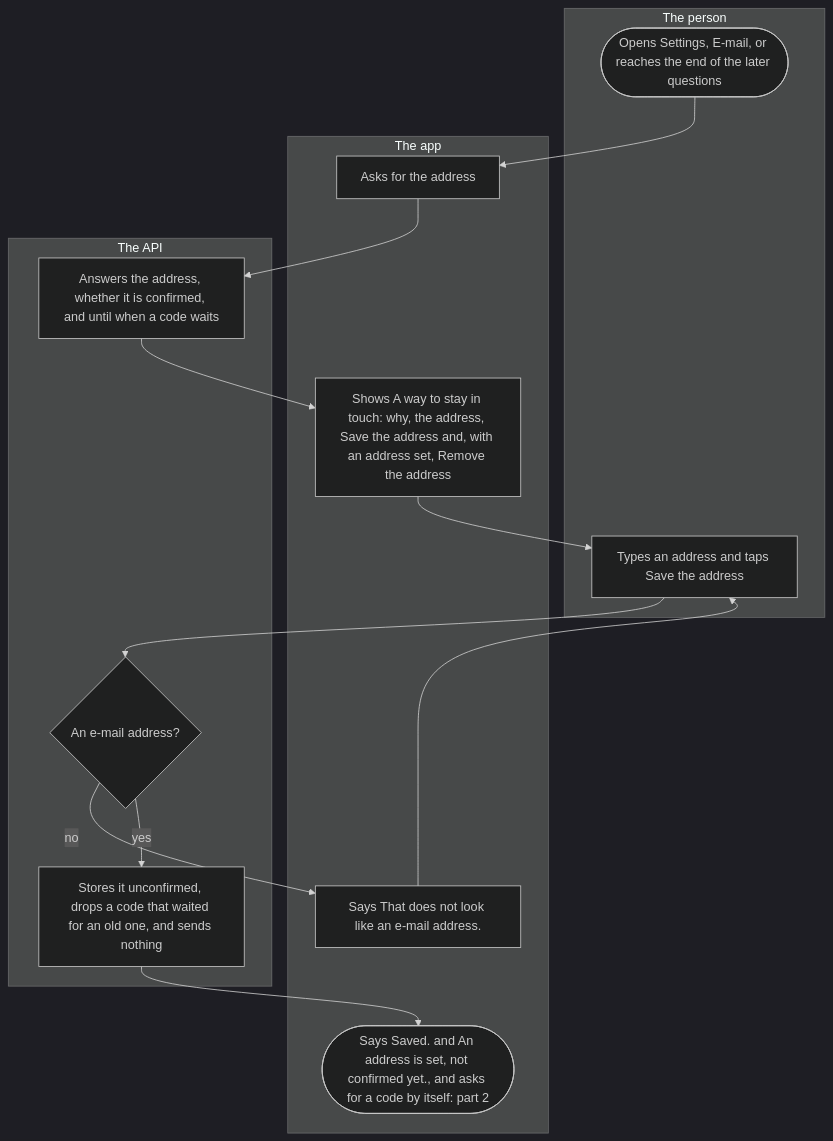
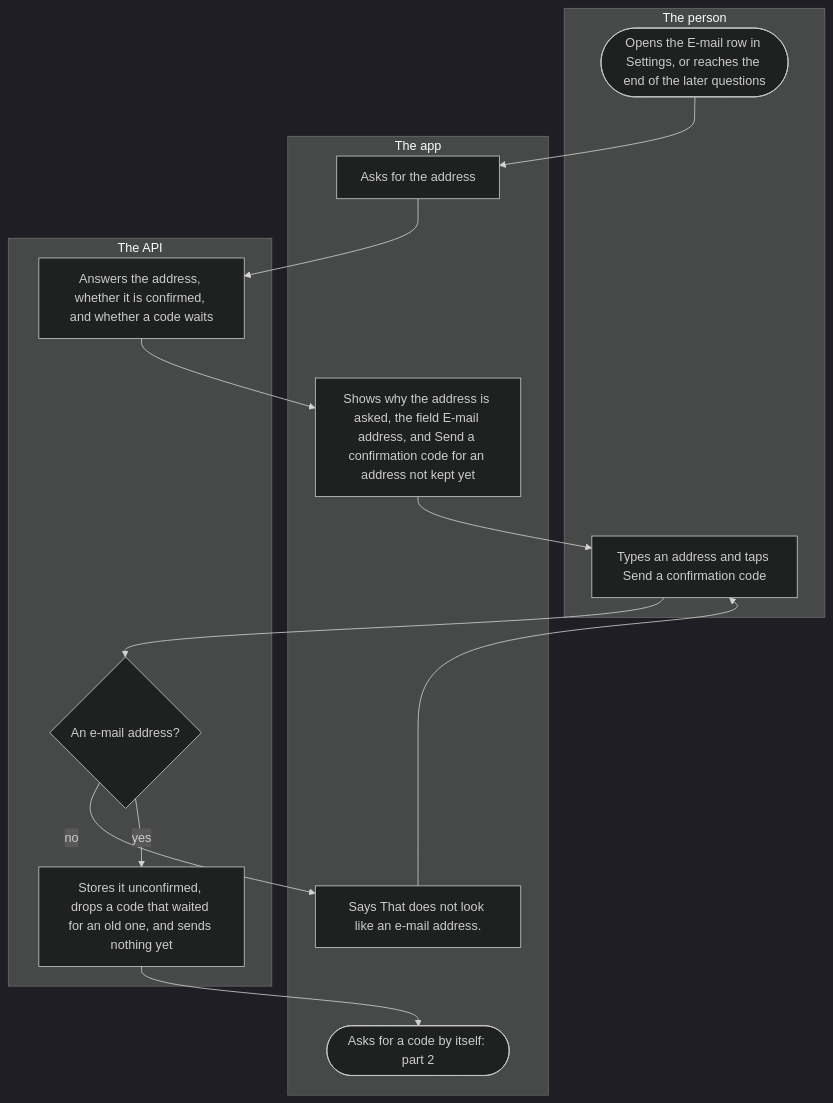
One commit to kuutti-ry/kuutti-app changed the first of 3 diagrams in docs/flows/email.md. Above: the diagram before and after it, drawn with Mermaid (dark theme). The commit also changed other lines of this file and 41 other files, not shown here.

First line of the commit message:
Redraw the user flows against today's main, held by check:docs

````diff
--- a/docs/flows/email.md
+++ b/docs/flows/email.md
@@ -7,23 +17,29 @@
 ```mermaid
 flowchart TB
   accTitle: Adding an address
-  accDescr: The person opens the e-mail in Settings or after the last later question, types an address and saves it. A malformed address is refused in words. A valid one is stored unconfirmed, and the app asks for its code by itself.
+  accDescr: The person opens the e-mail in Settings or after the last later question, types an address and sends it with Send a confirmation code. A malformed address is refused in words. A valid one is stored unconfirmed, and the app asks for its code by itself.
   subgraph person["The person"]
-    s1(["Opens Settings, E-mail, or reaches the end of the later questions"])
-    s5["Types an address and taps Save the address"]
+    s1(["Opens the E-mail row in Settings, or reaches the end of the later questions"])
+    s5["Types an address and taps Send a confirmation code"]
   end
   subgraph app["The app"]
     s2["Asks for the address"]
-    s4["Shows A way to stay in touch: why, the address, Save the address and, with an address set, Remove the address"]
+    s4["Shows why the address is asked, the field E-mail address, and Send a confirmation code for an address not kept yet"]
     s7["Says That does not look like an e-mail address."]
-    s9(["Says Saved. and An address is set, not confirmed yet., and asks for a code by itself: part 2"])
+    s9(["Asks for a code by itself: part 2"])
   end
   subgraph api["The API"]
-    s3["Answers the address, whether it is confirmed, and until when a code waits"]
+    s3["Answers the address, whether it is confirmed, and whether a code waits"]
     s6{"An e-mail address?"}
-    s8["Stores it unconfirmed, drops a code that waited for an old one, and sends nothing"]
+    s8["Stores it unconfirmed, drops a code that waited for an old one, and sends nothing yet"]
   end
-  s1 --> s2 --> s3 --> s4 --> s5 --> s6
-  s6 -->|"no"| s7 --> s5
-  s6 -->|"yes"| s8 --> s9
+  s1 --> s2
+  s2 --> s3
+  s3 --> s4
+  s4 --> s5
+  s5 --> s6
+  s6 -->|"no"| s7
+  s7 --> s5
+  s6 -->|"yes"| s8
+  s8 --> s9
 ```
````
